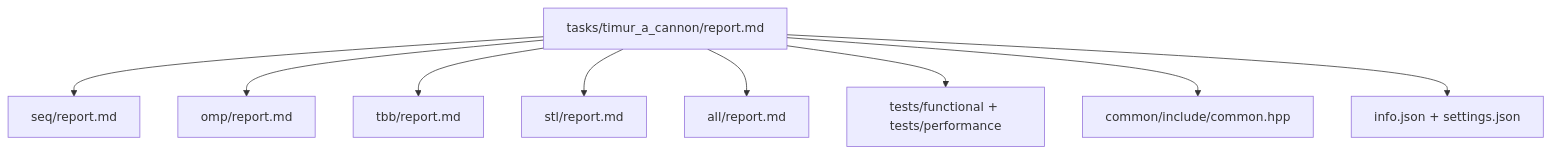
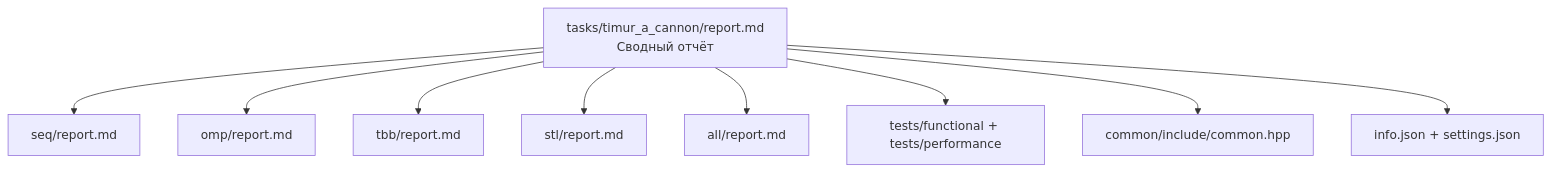
One commit to learning-process/ppc-2026-threads changed the diagram in tasks/timur_a_cannon/report.md. Above: the diagram before and after it, drawn with Mermaid. The commit also changed other lines of this file and 5 other files, not shown here.

````diff
--- a/tasks/timur_a_cannon/report.md
+++ b/tasks/timur_a_cannon/report.md
@@ -135,12 +183,12 @@
 ```mermaid
 flowchart TD
-  ROOT["tasks/timur_a_cannon/report.md"]
-  ROOT --> SEQ["seq/report.md"]
-  ROOT --> OMP["omp/report.md"]
-  ROOT --> TBB["tbb/report.md"]
-  ROOT --> STL["stl/report.md"]
-  ROOT --> ALL["all/report.md"]
-  ROOT --> TESTS["tests/functional + tests/performance"]
-  ROOT --> COMMON["common/include/common.hpp"]
-  ROOT --> META["info.json + settings.json"]
+    ROOT["tasks/timur_a_cannon/report.md<br/>Сводный отчёт"] --> SEQ["seq/report.md"]
+    ROOT --> OMP["omp/report.md"]
+    ROOT --> TBB["tbb/report.md"]
+    ROOT --> STL["stl/report.md"]
+    ROOT --> ALL["all/report.md"]
+
+    ROOT --> TESTS["tests/functional + tests/performance"]
+    ROOT --> COMMON["common/include/common.hpp"]
+    ROOT --> META["info.json + settings.json"]
 ```
````
